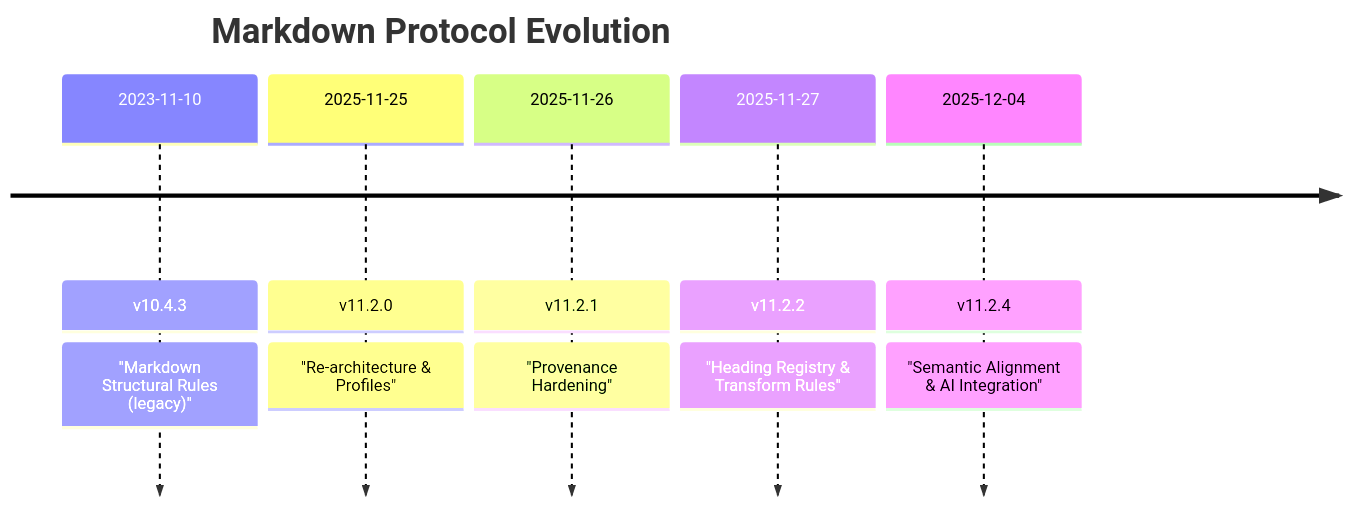
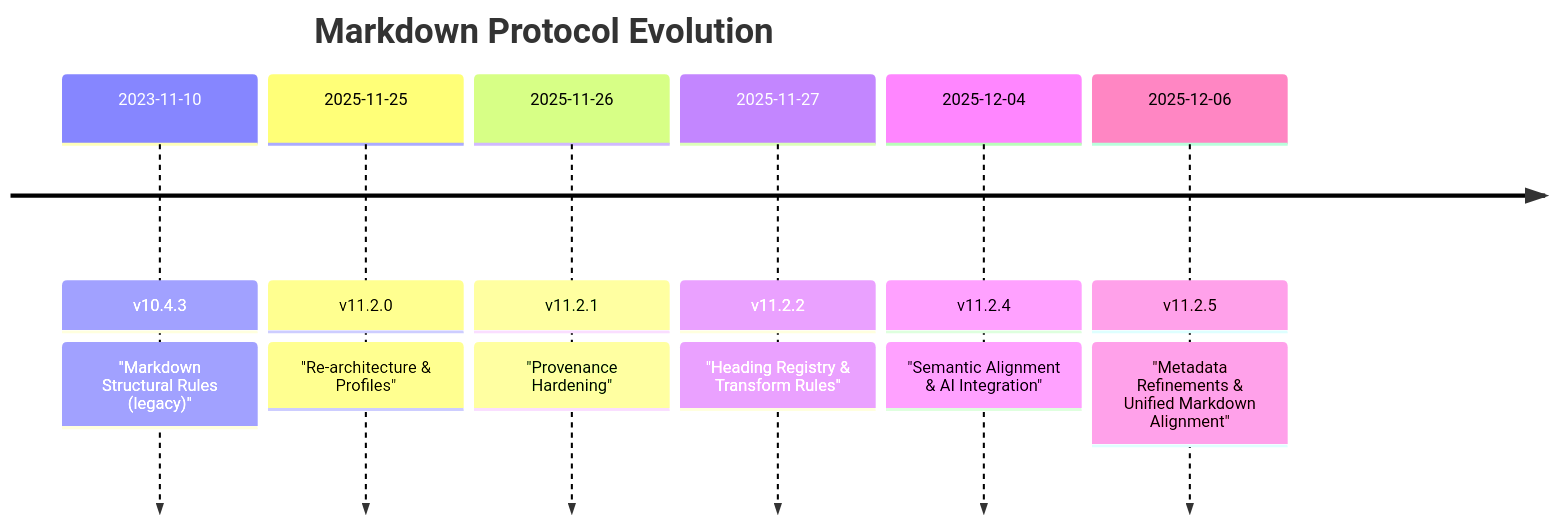
Before and after one commit to bartytime4life/Kansas-Frontier-Matrix: the second of 2 diagrams in docs/standards/kfm_markdown_protocol_v11.2.4.md, drawn with Mermaid. The commit also changed other lines of this file, not shown here.

```diff
--- a/docs/standards/kfm_markdown_protocol_v11.2.4.md
+++ b/docs/standards/kfm_markdown_protocol_v11.2.4.md
@@ -359,9 +360,10 @@
    ~~~mermaid
    timeline
        title Markdown Protocol Evolution
        2023-11-10 : v10.4.3 : "Markdown Structural Rules (legacy)"
        2025-11-25 : v11.2.0 : "Re-architecture & Profiles"
        2025-11-26 : v11.2.1 : "Provenance Hardening"
        2025-11-27 : v11.2.2 : "Heading Registry & Transform Rules"
        2025-12-04 : v11.2.4 : "Semantic Alignment & AI Integration"
+       2025-12-06 : v11.2.5 : "Metadata Refinements & Unified Markdown Alignment"
    ~~~
```
